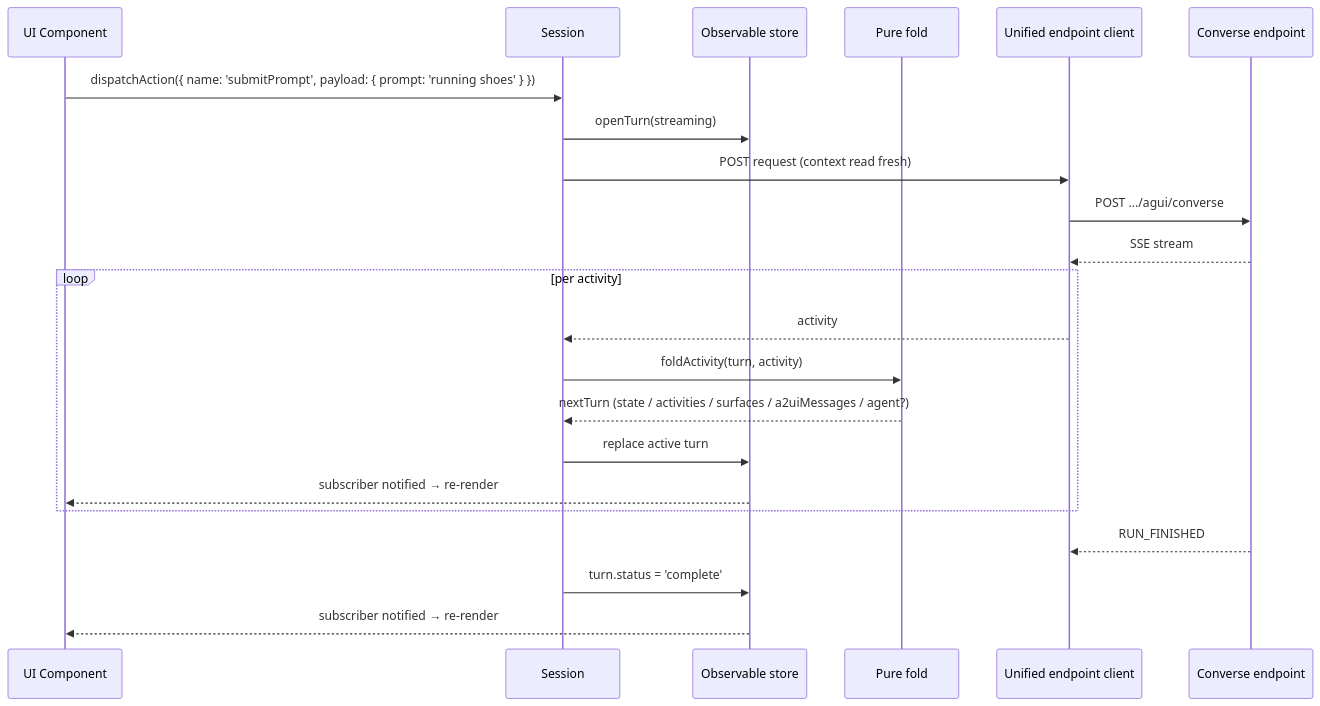
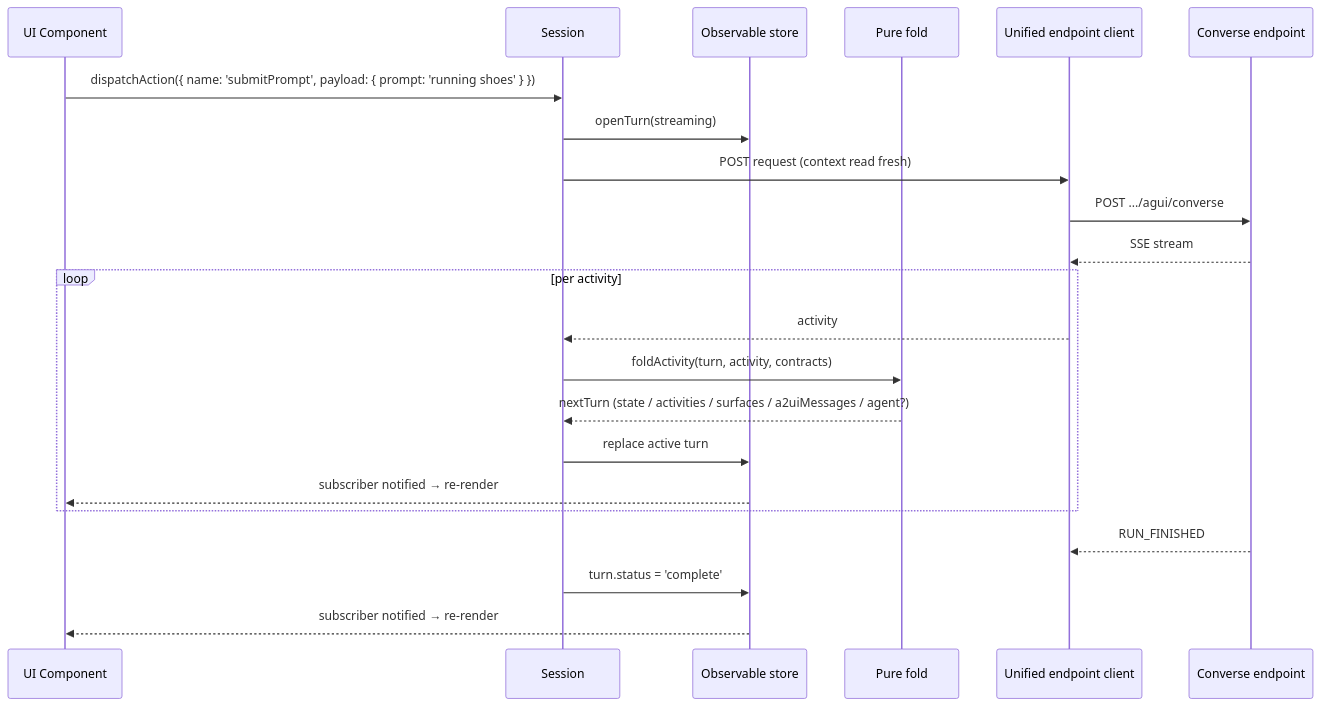
The second of 2 diagrams in packages/thermidor/docs/architecture.md (coveo/ui-kit), drawn with Mermaid before and after one commit. The commit also changed other lines of this file and 2 other files, not shown here.

````diff
--- a/packages/thermidor/docs/architecture.md
+++ b/packages/thermidor/docs/architecture.md
@@ -202,25 +210,25 @@
 ```mermaid
 sequenceDiagram
     participant UI as UI Component
     participant S as Session
     participant Store as Observable store
     participant Fold as Pure fold
     participant API as Unified endpoint client
     participant Coveo as Converse endpoint
 
     UI->>S: dispatchAction({ name: 'submitPrompt', payload: { prompt: 'running shoes' } })
     S->>Store: openTurn(streaming)
     S->>API: POST request (context read fresh)
     API->>Coveo: POST .../agui/converse
     Coveo-->>API: SSE stream
     loop per activity
         API-->>S: activity
-        S->>Fold: foldActivity(turn, activity)
+        S->>Fold: foldActivity(turn, activity, contracts)
         Fold-->>S: nextTurn (state / activities / surfaces / a2uiMessages / agent?)
         S->>Store: replace active turn
         Store-->>UI: subscriber notified → re-render
     end
     Coveo-->>API: RUN_FINISHED
     S->>Store: turn.status = 'complete'
     Store-->>UI: subscriber notified → re-render
 ```
````
